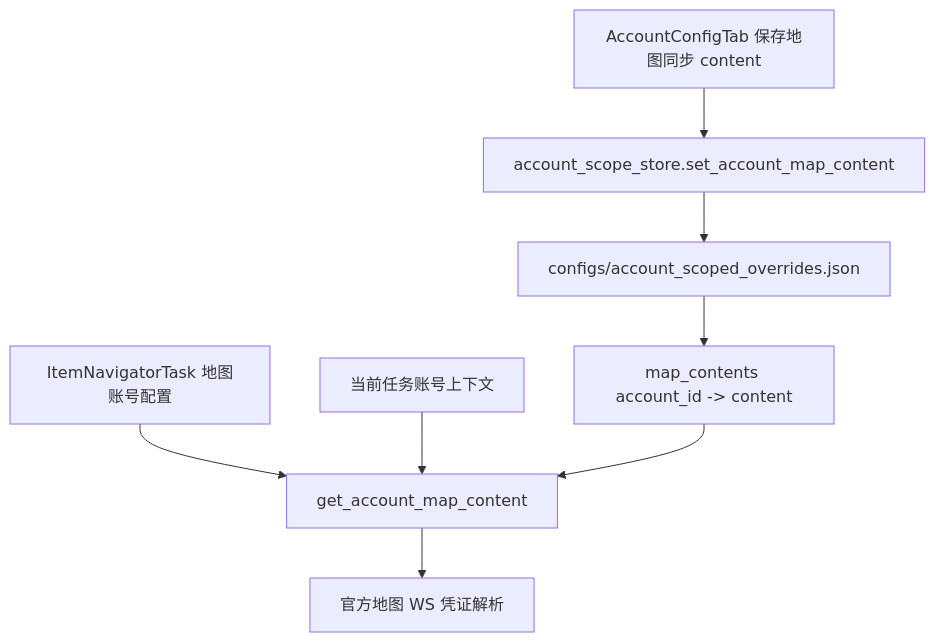
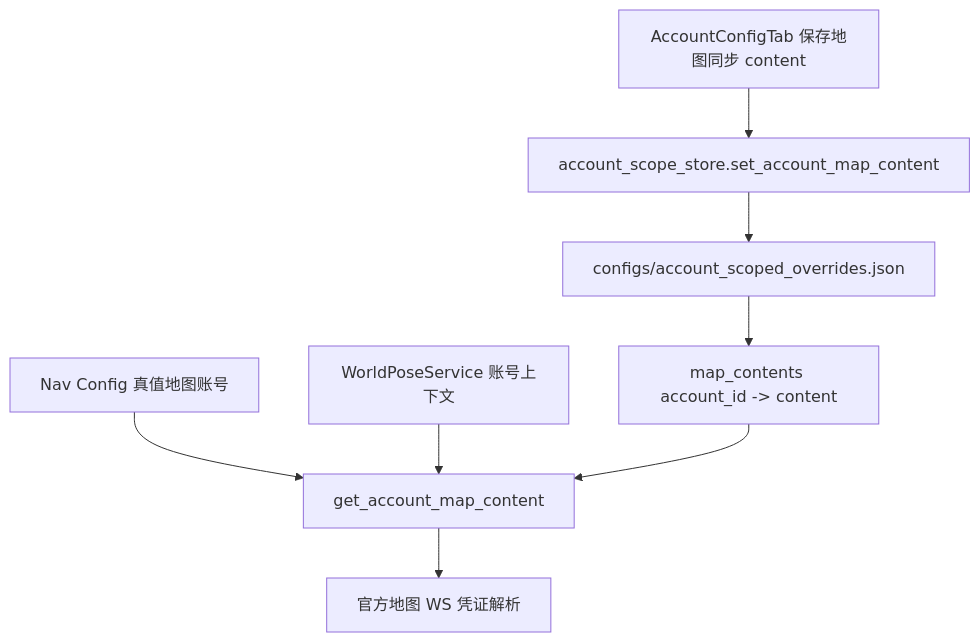
The third of 5 diagrams in docs/dev/地图官方WS客户端实现.md (AliceJump/ok-end-field), drawn with Mermaid before and after one commit. The commit also changed other lines of this file and 248 other files, not shown here.

````diff
--- a/docs/dev/地图官方WS客户端实现.md
+++ b/docs/dev/地图官方WS客户端实现.md
@@ -105,10 +108,10 @@
 ```mermaid
 flowchart TD
     A[AccountConfigTab 保存地图同步 content] --> B[account_scope_store.set_account_map_content]
     B --> C[configs/account_scoped_overrides.json]
     C --> D[map_contents account_id -> content]
-    E[ItemNavigatorTask 地图账号配置] --> F[get_account_map_content]
-    G[当前任务账号上下文] --> F
+    E[Nav Config 真值地图账号] --> F[get_account_map_content]
+    G[WorldPoseService 账号上下文] --> F
     D --> F
     F --> H[官方地图 WS 凭证解析]
 ```
````
